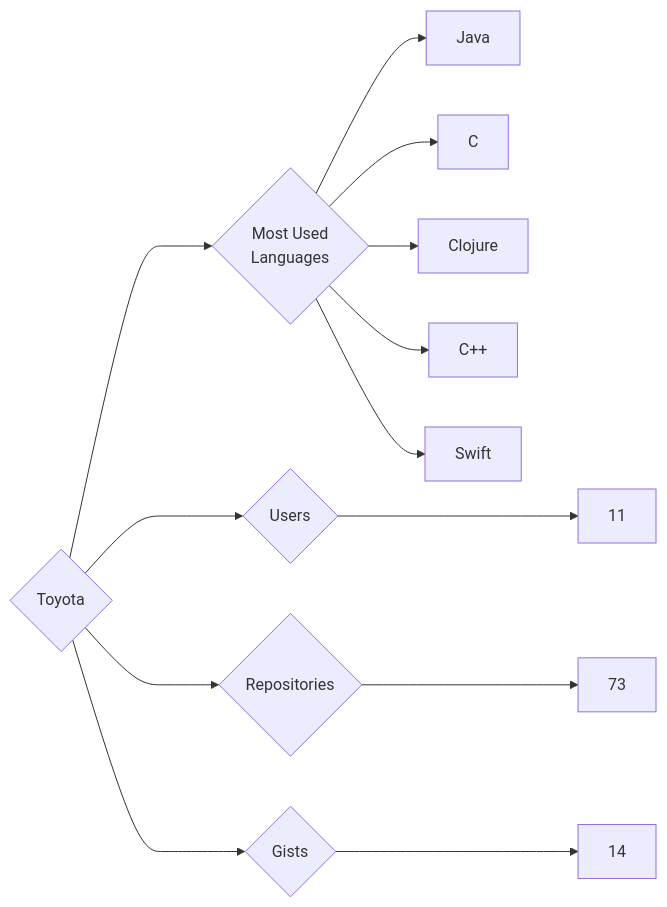
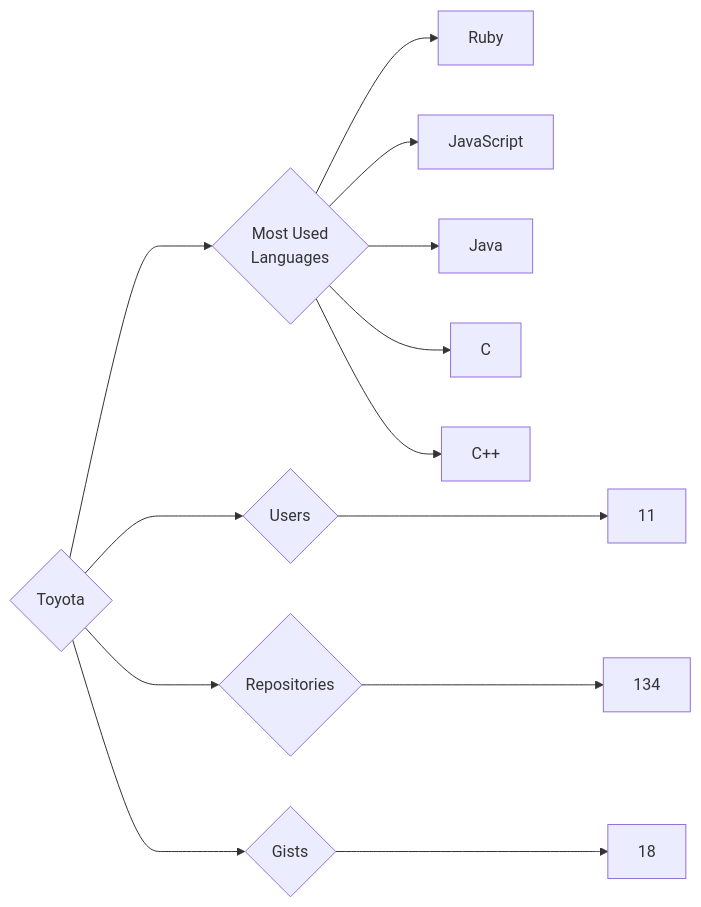
One commit to trickest/insiders changed the diagram in targets/Toyota/README.md. Above: the diagram before and after it, drawn with Mermaid. The commit also changed 1484 other files, not shown here.

````diff
--- a/targets/Toyota/README.md
+++ b/targets/Toyota/README.md
@@ -3,13 +3,13 @@
 ```mermaid
 graph LR
 COMPANY_NAME{Toyota}
 COMPANY_NAME ---> U{Users} ---> UN[11]
-COMPANY_NAME ---> R{Repositories} ---> RN[73]
-COMPANY_NAME ---> G{Gists} ---> GN[14]
+COMPANY_NAME ---> R{Repositories} ---> RN[134]
+COMPANY_NAME ---> G{Gists} ---> GN[18]
 COMPANY_NAME ---> ML{Most Used<br>Languages}
+ML --> Ruby[Ruby]
+ML --> JavaScript[JavaScript]
 ML --> Java[Java]
 ML --> C[C]
-ML --> Clojure[Clojure]
 ML --> C++[C++]
-ML --> Swift[Swift]
 ```
````
